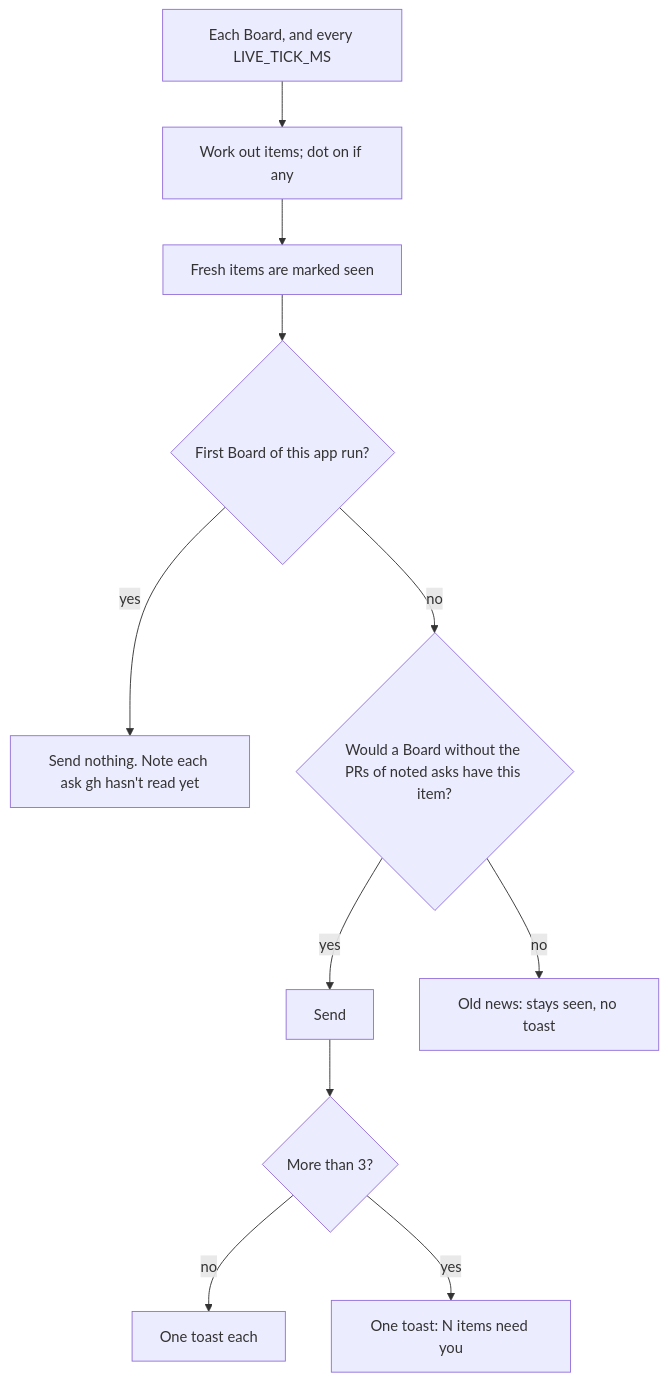
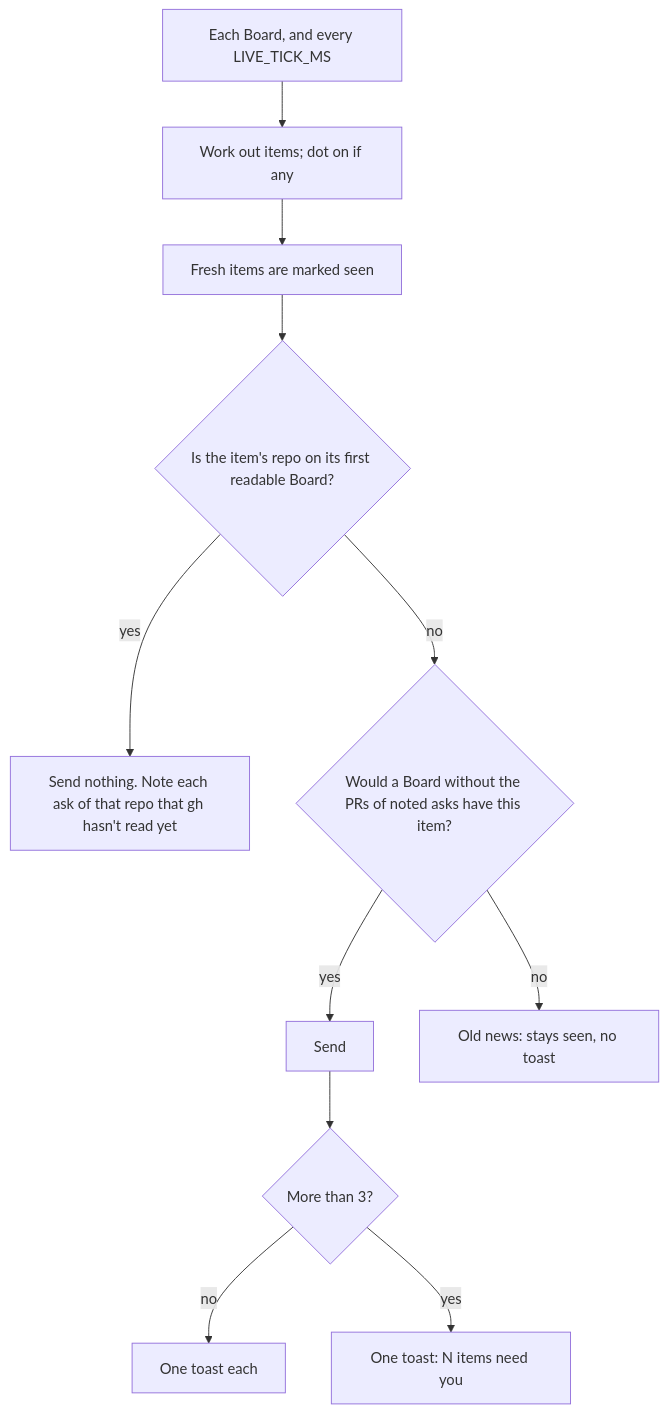
Before and after one commit to alvionlabs/open-aflow: the diagram in pod-docs/feature-details/toasts.md, drawn with Mermaid. The commit also changed other lines of this file and 4 other files, not shown here.

First line of the commit message:
fix(desktop): make each repo's first Board its own toast baseline

````diff
--- a/pod-docs/feature-details/toasts.md
+++ b/pod-docs/feature-details/toasts.md
@@ -20,13 +22,13 @@
 ```mermaid
 flowchart TD
   P[Each Board, and every LIVE_TICK_MS] --> I[Work out items; dot on if any]
   I --> F[Fresh items are marked seen]
-  F --> B{First Board of this app run?}
-  B -->|yes| Q[Send nothing. Note each ask gh hasn't read yet]
+  F --> B{Is the item's repo on its first readable Board?}
+  B -->|yes| Q[Send nothing. Note each ask of that repo that gh hasn't read yet]
   B -->|no| H{Would a Board without the PRs of noted asks have this item?}
   H -->|yes| S[Send]
   H -->|no| T[Old news: stays seen, no toast]
   S --> C{More than 3?}
   C -->|no| E[One toast each]
   C -->|yes| O[One toast: N items need you]
 ```
````
